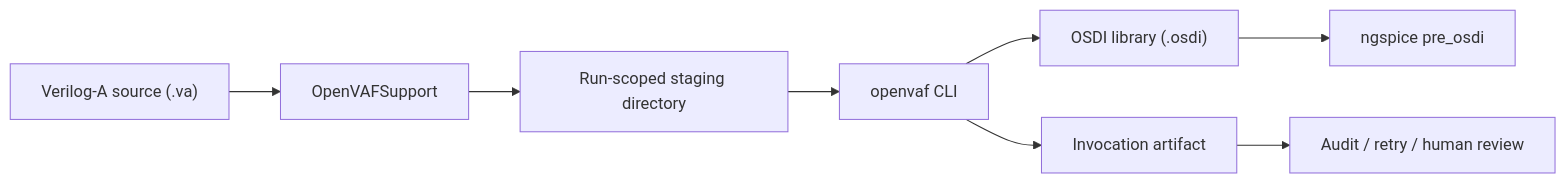
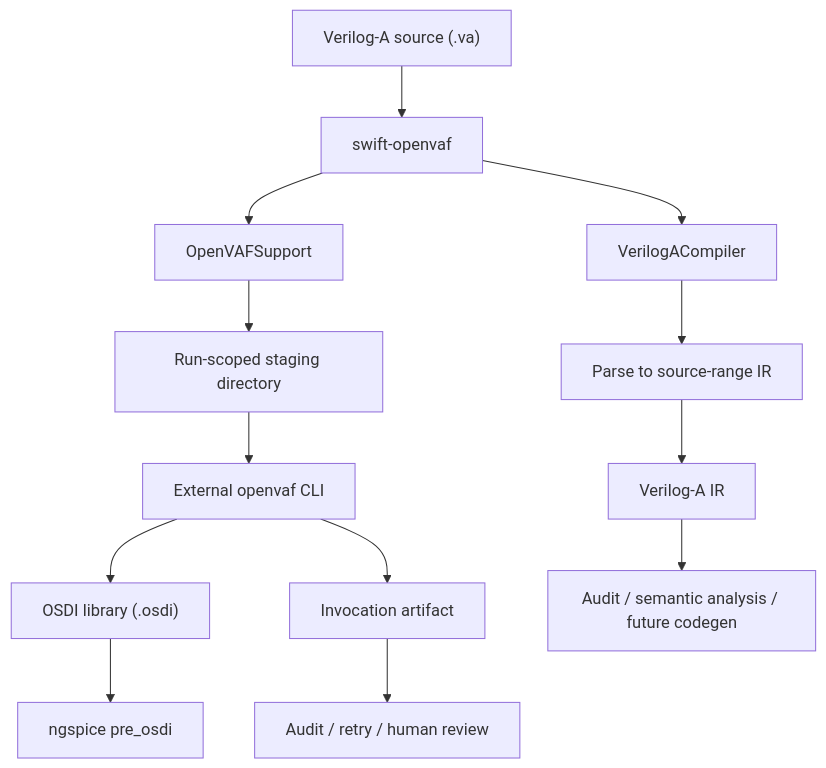
One commit to 1amageek/swift-openvaf changed the first of 7 diagrams in README.md. Above: the diagram before and after it, drawn with Mermaid. The commit also changed other lines of this file, not shown here.

````diff
--- a/README.md
+++ b/README.md
@@ -5,10 +7,18 @@
 ```mermaid
-flowchart LR
-  Source["Verilog-A source (.va)"] --> Support["OpenVAFSupport"]
-  Support --> Stage["Run-scoped staging directory"]
-  Stage --> CLI["openvaf CLI"]
-  CLI --> Output["OSDI library (.osdi)"]
-  CLI --> Record["Invocation artifact"]
-  Output --> Simulator["ngspice pre_osdi"]
-  Record --> Audit["Audit / retry / human review"]
+flowchart TD
+  Source["Verilog-A source (.va)"] --> Package["swift-openvaf"]
+
+  Package --> VAC["VerilogACompiler"]
+  VAC --> Parse["Parse to source-range IR"]
+  Parse --> IR["Verilog-A IR"]
+
+  Package --> OVS["OpenVAFSupport"]
+  OVS --> Stage["Run-scoped staging directory"]
+  Stage --> CLI["External openvaf CLI"]
+  CLI --> OSDI["OSDI library (.osdi)"]
+  CLI --> Artifact["Invocation artifact"]
+
+  IR --> Audit["Audit / semantic analysis / future codegen"]
+  OSDI --> Simulator["ngspice pre_osdi"]
+  Artifact --> Review["Audit / retry / human review"]
 ```
````
